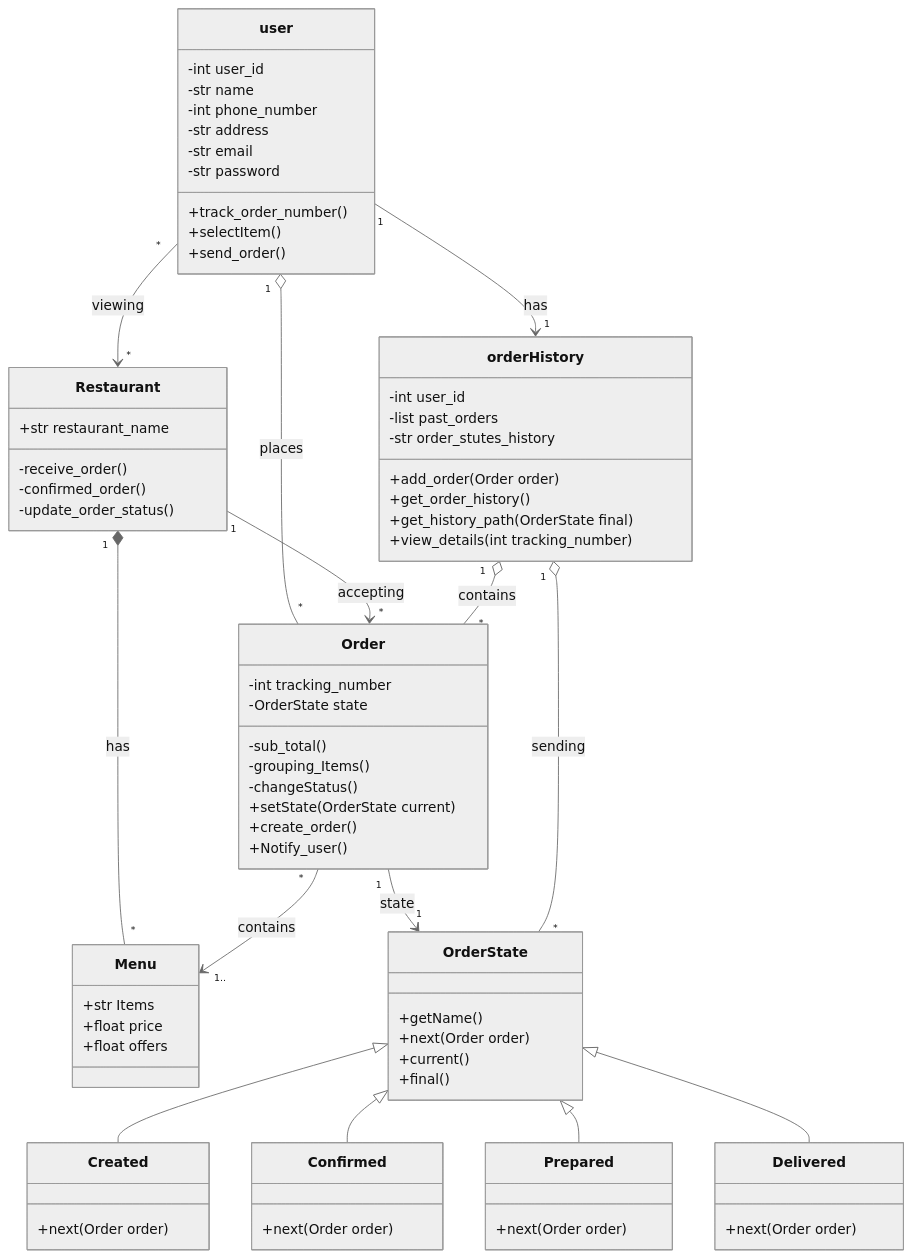
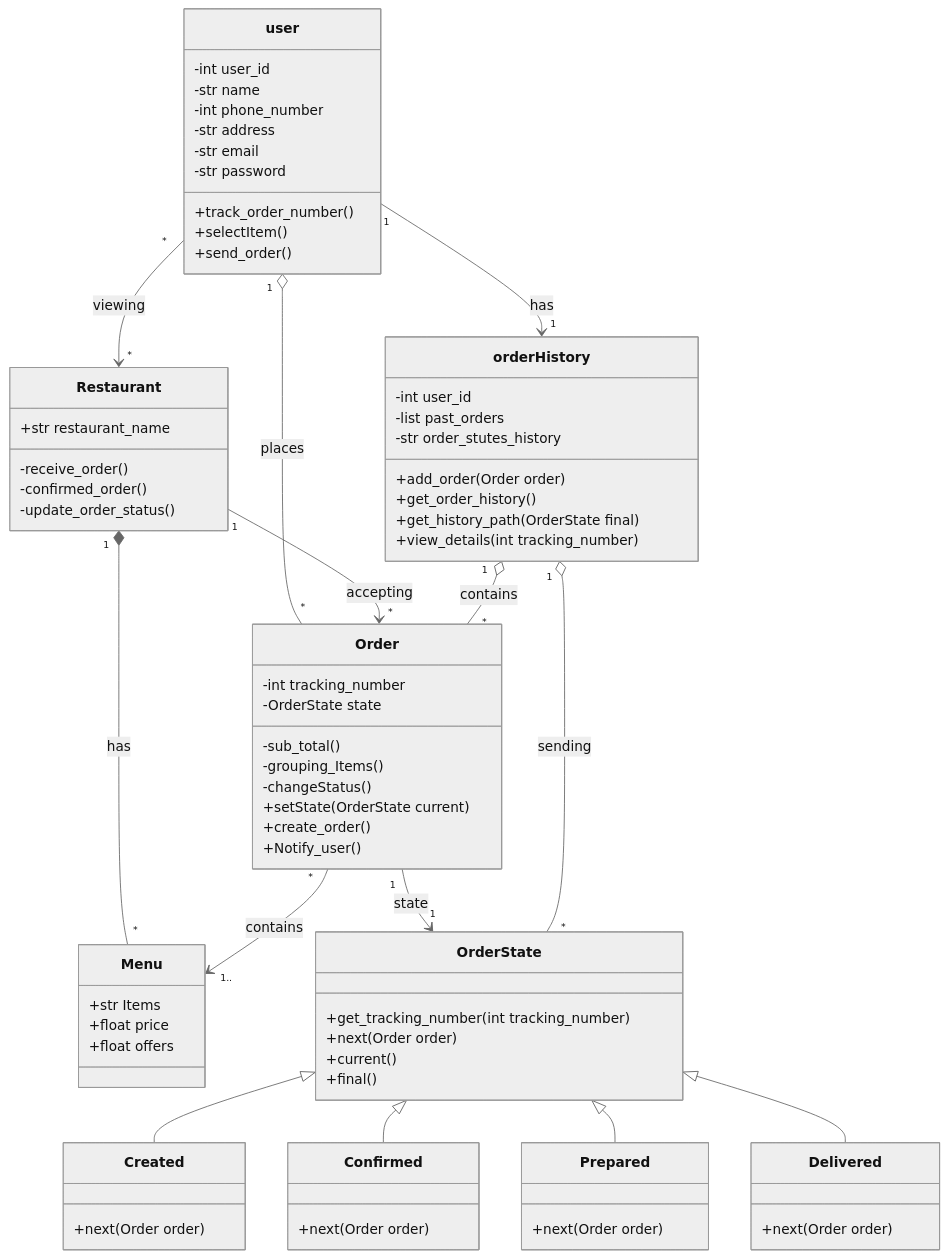
One commit to Tmadeer/Architecture_Plan_For_FoodDeliveryPlatform changed the diagram in taktakah/newclassdiagram.mmd. Above: the diagram before and after it, drawn with Mermaid (neutral theme).

Commit message:
trying out

```diff
--- a/taktakah/newclassdiagram.mmd
+++ b/taktakah/newclassdiagram.mmd
@@ -1,85 +1,85 @@
 classDiagram
 direction TB
 
     class user {
         -int user_id
         -str name
         -int phone_number
         -str address
         -str email
         -str password
         +track_order_number()
         +selectItem()
         +send_order()
     }
 
     class Menu {
         +str Items
         +float price
         +float offers
     }
 
     class Restaurant {
         +str restaurant_name
         -receive_order()
         -confirmed_order()
         -update_order_status()
     }
 
     class Order {
         -int tracking_number
         -OrderState state
         -sub_total()
         -grouping_Items()
         -changeStatus()
         +setState(OrderState current)
         +create_order()
         +Notify_user()
     }
 
     class orderHistory {
         -int user_id
         -list past_orders
 	-str order_stutes_history
         +add_order(Order order)
         +get_order_history()
 	+get_history_path(OrderState final)
         +view_details(int tracking_number)
     }
 
     class OrderState {
-        +getName() 
+        +get_tracking_number(int tracking_number) 
         +next(Order order)
 	+current()
 	+final()
     }
 
     class Created {
         +next(Order order)
     }
 
     class Confirmed {
         +next(Order order)
     }
 
     class Prepared {
         +next(Order order)
     }
 
     class Delivered {
         +next(Order order)
     }
 
     user "1" o-- "*" Order : places
 Restaurant "1" --> "*" Order : accepting
 Restaurant "1" * -- "*" Menu : has
 user "*" --> "*" Restaurant : viewing
 Order "*" --> "1.." Menu : contains
 user "1" --> "1" orderHistory : has
 orderHistory "1" o-- "*" Order : contains
     Order "1" --> "1" OrderState : state
     OrderState <|-- Created
     OrderState <|-- Confirmed
     OrderState <|-- Prepared
     OrderState <|-- Delivered
 orderHistory "1" o-- "*" OrderState : sending
```
